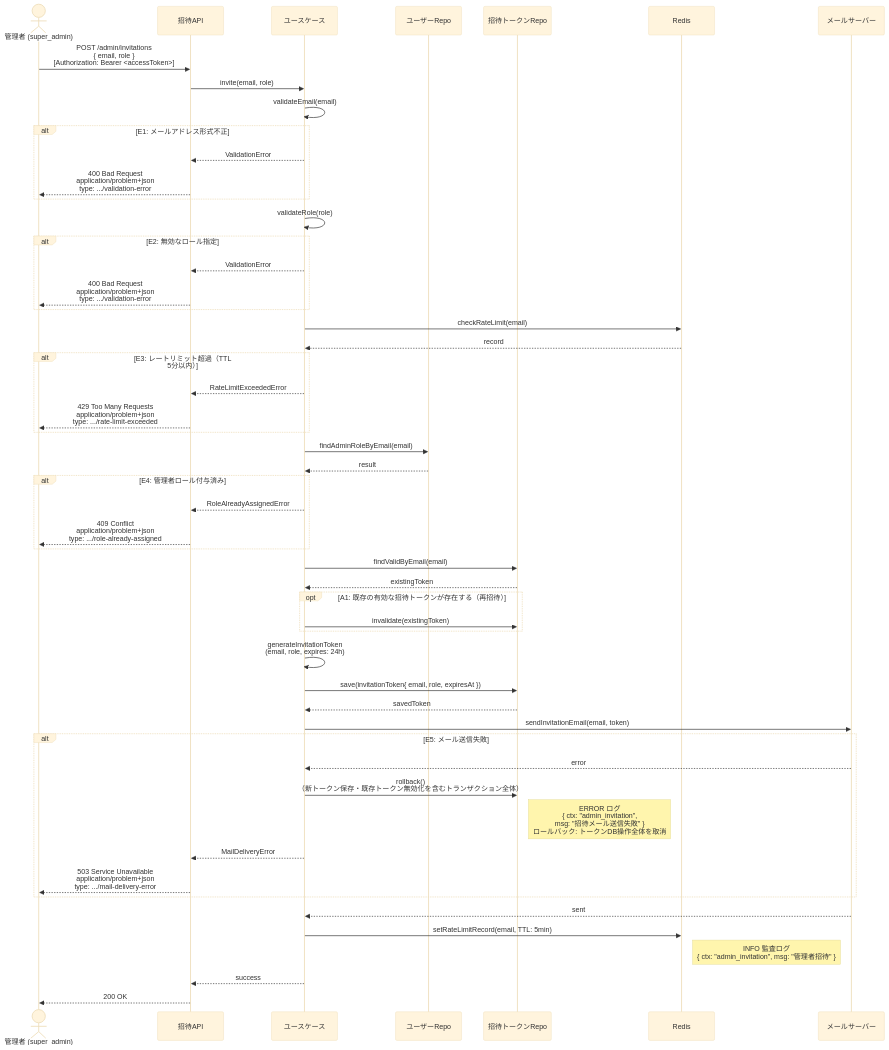
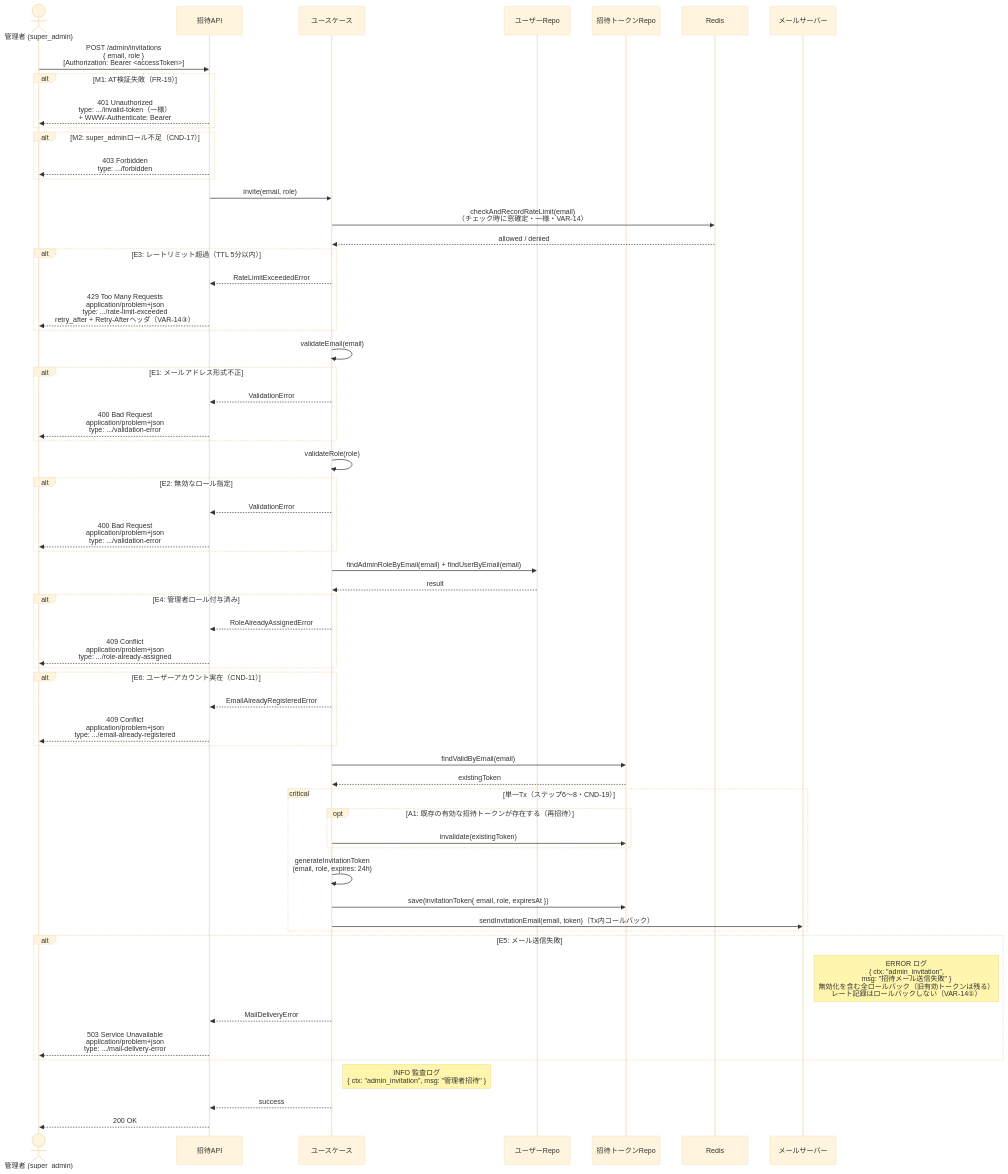
Before and after one commit to suunet/POC_HYDRA_AUTH: the second of 2 diagrams in .docs/design/buc/BUC-A01.md, drawn with Mermaid (base theme). The commit also changed other lines of this file and 15 other files, not shown here.

Commit message:
docs(T-019): cycle 1 - 招待系カタログ是正(BUC-A01/A02レート先行・M1/M2・E6・E4-a no-op・CND-19発番・invited除去のstates置換とVAR-14/INF-07/INF-12/NFR-13/FR-13/CND-11是正・図追従)とUC-011/UC-012仕様起草、T-018 E統合(バインド400横断注記・E2文言統一)

````diff
--- a/.docs/design/buc/BUC-A01.md
+++ b/.docs/design/buc/BUC-A01.md
@@ -125,55 +142,62 @@
 ```mermaid
 sequenceDiagram
   actor Admin as 管理者 (super_admin)
   participant InviteAPI as 招待API
   participant UseCase as ユースケース
   participant UserRepo as ユーザーRepo
   participant InviteRepo as 招待トークンRepo
   participant Redis as Redis
   participant MailServer as メールサーバー
   Admin->>InviteAPI: POST /admin/invitations<br/>{ email, role }<br/>[Authorization: Bearer <accessToken>]
+  alt M1: AT検証失敗（FR-19）
+  InviteAPI-->>Admin: 401 Unauthorized<br/>type: .../invalid-token（一様）<br/>+ WWW-Authenticate: Bearer
+  end
+  alt M2: super_adminロール不足（CND-17）
+  InviteAPI-->>Admin: 403 Forbidden<br/>type: .../forbidden
+  end
   InviteAPI->>UseCase: invite(email, role)
+  UseCase->>Redis: checkAndRecordRateLimit(email)<br/>（チェック時に窓確定・一様・VAR-14）
+  Redis-->>UseCase: allowed / denied
+  alt E3: レートリミット超過（TTL 5分以内）
+  UseCase-->>InviteAPI: RateLimitExceededError
+  InviteAPI-->>Admin: 429 Too Many Requests<br/>application/problem+json<br/>type: .../rate-limit-exceeded<br/>retry_after + Retry-Afterヘッダ（VAR-14③）
+  end
   UseCase->>UseCase: validateEmail(email)
   alt E1: メールアドレス形式不正
   UseCase-->>InviteAPI: ValidationError
   InviteAPI-->>Admin: 400 Bad Request<br/>application/problem+json<br/>type: .../validation-error
   end
   UseCase->>UseCase: validateRole(role)
   alt E2: 無効なロール指定
   UseCase-->>InviteAPI: ValidationError
   InviteAPI-->>Admin: 400 Bad Request<br/>application/problem+json<br/>type: .../validation-error
   end
-  UseCase->>Redis: checkRateLimit(email)
-  Redis-->>UseCase: record
-  alt E3: レートリミット超過（TTL 5分以内）
-  UseCase-->>InviteAPI: RateLimitExceededError
-  InviteAPI-->>Admin: 429 Too Many Requests<br/>application/problem+json<br/>type: .../rate-limit-exceeded
-  end
-  UseCase->>UserRepo: findAdminRoleByEmail(email)
+  UseCase->>UserRepo: findAdminRoleByEmail(email) + findUserByEmail(email)
   UserRepo-->>UseCase: result
   alt E4: 管理者ロール付与済み
   UseCase-->>InviteAPI: RoleAlreadyAssignedError
   InviteAPI-->>Admin: 409 Conflict<br/>application/problem+json<br/>type: .../role-already-assigned
   end
+  alt E6: ユーザーアカウント実在（CND-11）
+  UseCase-->>InviteAPI: EmailAlreadyRegisteredError
+  InviteAPI-->>Admin: 409 Conflict<br/>application/problem+json<br/>type: .../email-already-registered
+  end
   UseCase->>InviteRepo: findValidByEmail(email)
   InviteRepo-->>UseCase: existingToken
+  critical 単一Tx（ステップ6〜8・CND-19）
   opt A1: 既存の有効な招待トークンが存在する（再招待）
   UseCase->>InviteRepo: invalidate(existingToken)
   end
   UseCase->>UseCase: generateInvitationToken<br/>(email, role, expires: 24h)
   UseCase->>InviteRepo: save(invitationToken{ email, role, expiresAt })
-  InviteRepo-->>UseCase: savedToken
-  UseCase->>MailServer: sendInvitationEmail(email, token)
+  UseCase->>MailServer: sendInvitationEmail(email, token)（Tx内コールバック）
+  end
   alt E5: メール送信失敗
-  MailServer-->>UseCase: error
-  UseCase->>InviteRepo: rollback()<br/>（新トークン保存・既存トークン無効化を含むトランザクション全体）
-  Note right of InviteRepo: ERROR ログ<br/>{ ctx: "admin_invitation",<br/>msg: "招待メール送信失敗" }<br/>ロールバック: トークンDB操作全体を取消
+  Note right of MailServer: ERROR ログ<br/>{ ctx: "admin_invitation",<br/>msg: "招待メール送信失敗" }<br/>無効化を含む全ロールバック（旧有効トークンは残る）<br/>レート記録はロールバックしない（VAR-14①）
   UseCase-->>InviteAPI: MailDeliveryError
   InviteAPI-->>Admin: 503 Service Unavailable<br/>application/problem+json<br/>type: .../mail-delivery-error
   end
-  MailServer-->>UseCase: sent
-  UseCase->>Redis: setRateLimitRecord(email, TTL: 5min)
-  Note right of Redis: INFO 監査ログ<br/>{ ctx: "admin_invitation", msg: "管理者招待" }
+  Note right of UseCase: INFO 監査ログ<br/>{ ctx: "admin_invitation", msg: "管理者招待" }
   UseCase-->>InviteAPI: success
   InviteAPI-->>Admin: 200 OK
 ```
````
